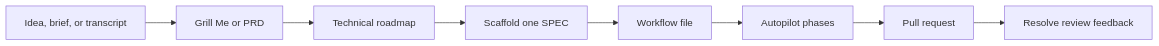
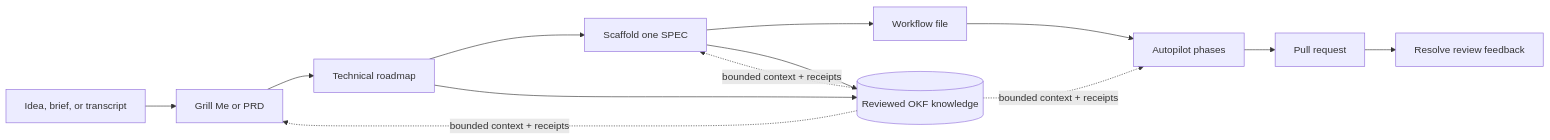
The diagram in tests/speckit-pro/unit/fixtures/plugin-bash-confinement/installed-cache/claude/speckit-pro/README.md (racecraft-lab/racecraft-plugins-public), drawn with Mermaid before and after one commit. The commit also changed other lines of this file and 455 other files, not shown here.

Commit message:
feat(speckit-pro): add durable OKF knowledge layer

````diff
--- a/tests/speckit-pro/unit/fixtures/plugin-bash-confinement/installed-cache/claude/speckit-pro/README.md
+++ b/tests/speckit-pro/unit/fixtures/plugin-bash-confinement/installed-cache/claude/speckit-pro/README.md
@@ -182,10 +183,15 @@
 ```mermaid
 flowchart LR
     A["Idea, brief, or transcript"] --> B["Grill Me or PRD"]
     B --> C["Technical roadmap"]
     C --> D["Scaffold one SPEC"]
     D --> E["Workflow file"]
     E --> F["Autopilot phases"]
     F --> G["Pull request"]
     G --> H["Resolve review feedback"]
+    K[("Reviewed OKF knowledge")] -. "bounded context + receipts" .-> B
+    K -. "bounded context + receipts" .-> D
+    K -. "bounded context + receipts" .-> F
+    C --> K
+    D --> K
 ```
````
